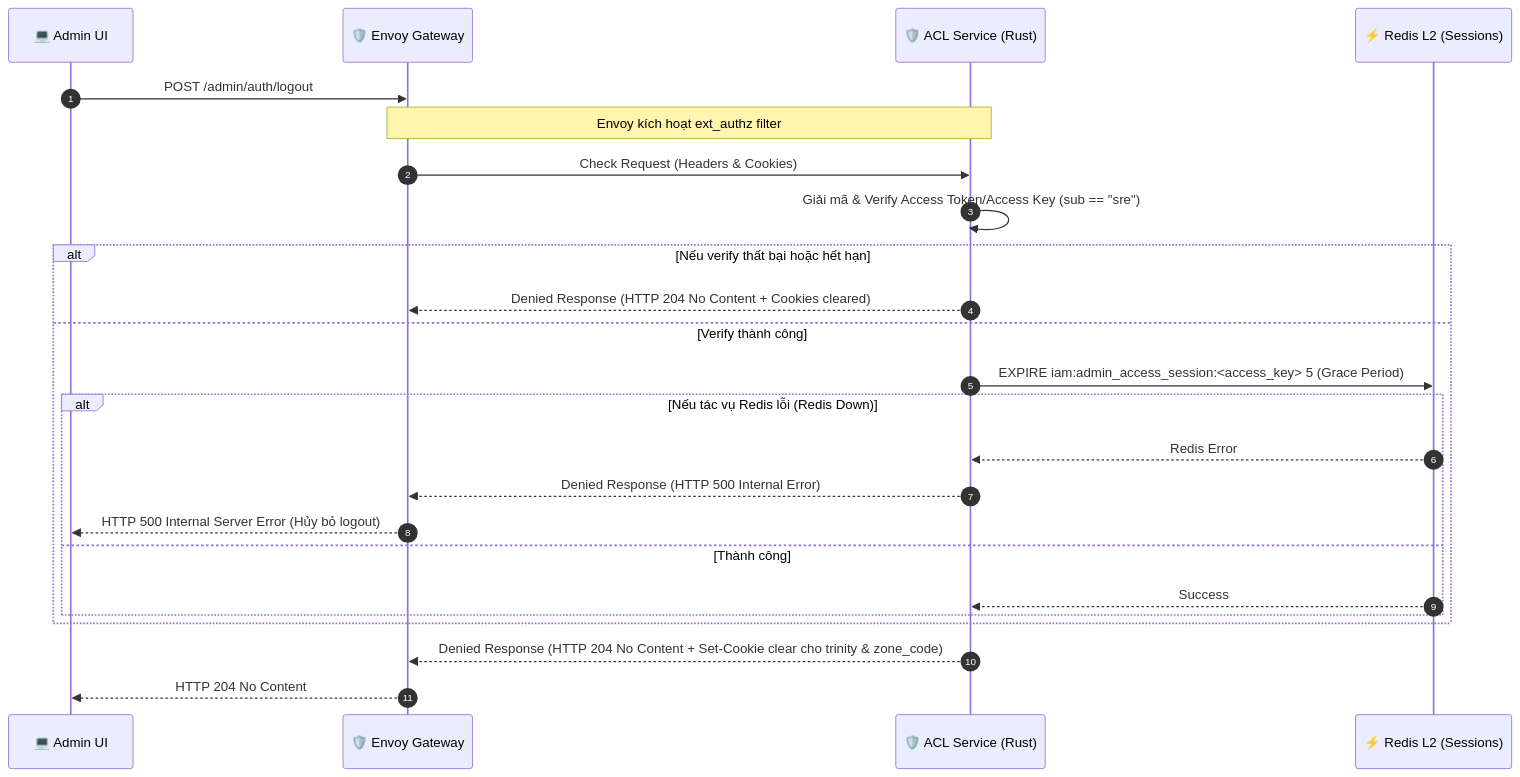
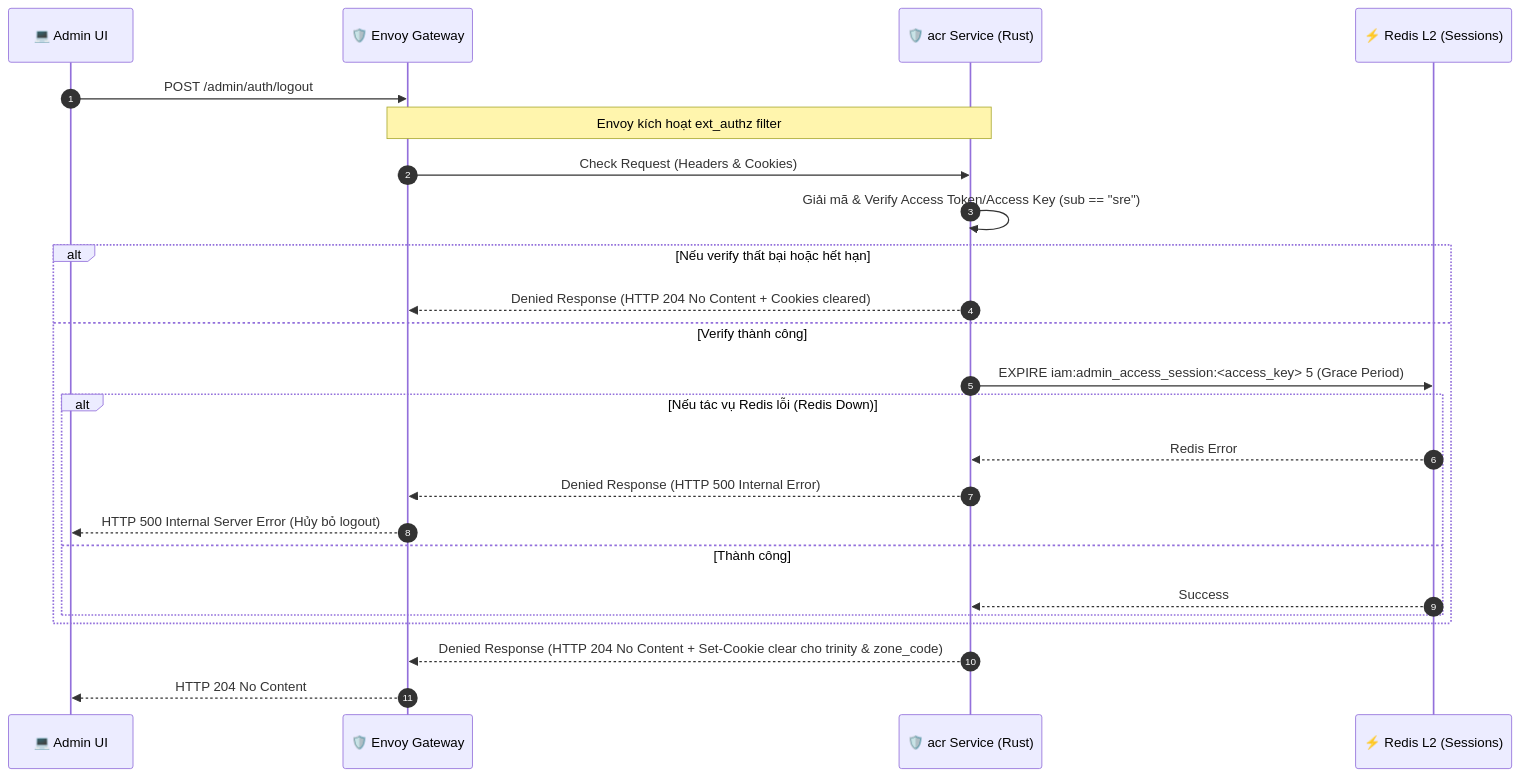
Before and after one commit to phucle996/aurora: the second of 2 diagrams in god_view/acr/sre_admin_logout_god_view_workflow.md, drawn with Mermaid. The commit also changed other lines of this file and 72 other files, not shown here.

Commit message:
refactor: remove policy engine and modularize session management service

````diff
--- a/god_view/acr/sre_admin_logout_god_view_workflow.md
+++ b/god_view/acr/sre_admin_logout_god_view_workflow.md
@@ -63,30 +63,30 @@
 ```mermaid
 sequenceDiagram
     autonumber
     participant UI as 💻 Admin UI
     participant Envoy as 🛡️ Envoy Gateway
-    participant ACL as 🛡️ ACL Service (Rust)
+    participant acr as 🛡️ acr Service (Rust)
     participant L2 as ⚡ Redis L2 (Sessions)
 
     UI->>Envoy: POST /admin/auth/logout
-    Note over Envoy,ACL: Envoy kích hoạt ext_authz filter
-    Envoy->>ACL: Check Request (Headers & Cookies)
+    Note over Envoy,acr: Envoy kích hoạt ext_authz filter
+    Envoy->>acr: Check Request (Headers & Cookies)
     
-    ACL->>ACL: Giải mã & Verify Access Token/Access Key (sub == "sre")
+    acr->>acr: Giải mã & Verify Access Token/Access Key (sub == "sre")
     
     alt Nếu verify thất bại hoặc hết hạn
-        ACL-->>Envoy: Denied Response (HTTP 204 No Content + Cookies cleared)
+        acr-->>Envoy: Denied Response (HTTP 204 No Content + Cookies cleared)
     else Verify thành công
-        ACL->>L2: EXPIRE iam:admin_access_session:<access_key> 5 (Grace Period)
+        acr->>L2: EXPIRE iam:admin_access_session:<access_key> 5 (Grace Period)
         alt Nếu tác vụ Redis lỗi (Redis Down)
-            L2-->>ACL: Redis Error
-            ACL-->>Envoy: Denied Response (HTTP 500 Internal Error)
+            L2-->>acr: Redis Error
+            acr-->>Envoy: Denied Response (HTTP 500 Internal Error)
             Envoy-->>UI: HTTP 500 Internal Server Error (Hủy bỏ logout)
         else Thành công
-            L2-->>ACL: Success
+            L2-->>acr: Success
         end
     end
 
-    ACL-->>Envoy: Denied Response (HTTP 204 No Content + Set-Cookie clear cho trinity & zone_code)
+    acr-->>Envoy: Denied Response (HTTP 204 No Content + Set-Cookie clear cho trinity & zone_code)
     Envoy-->>UI: HTTP 204 No Content
 ```
````
